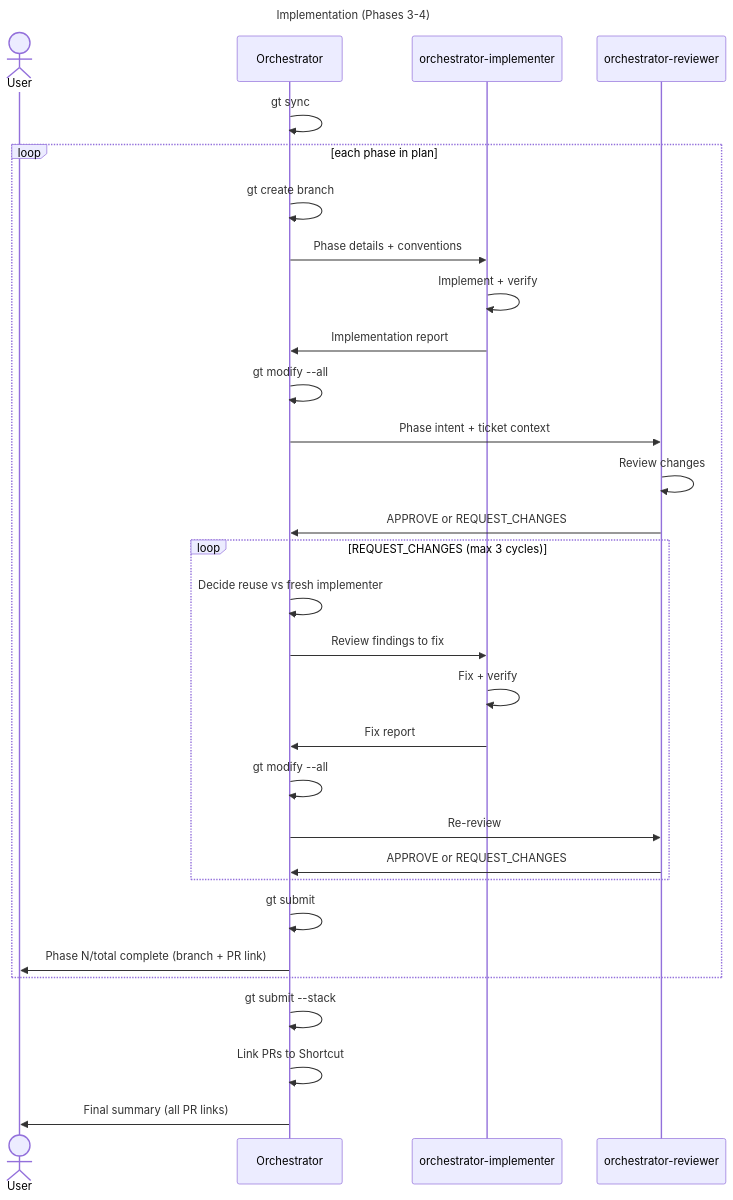
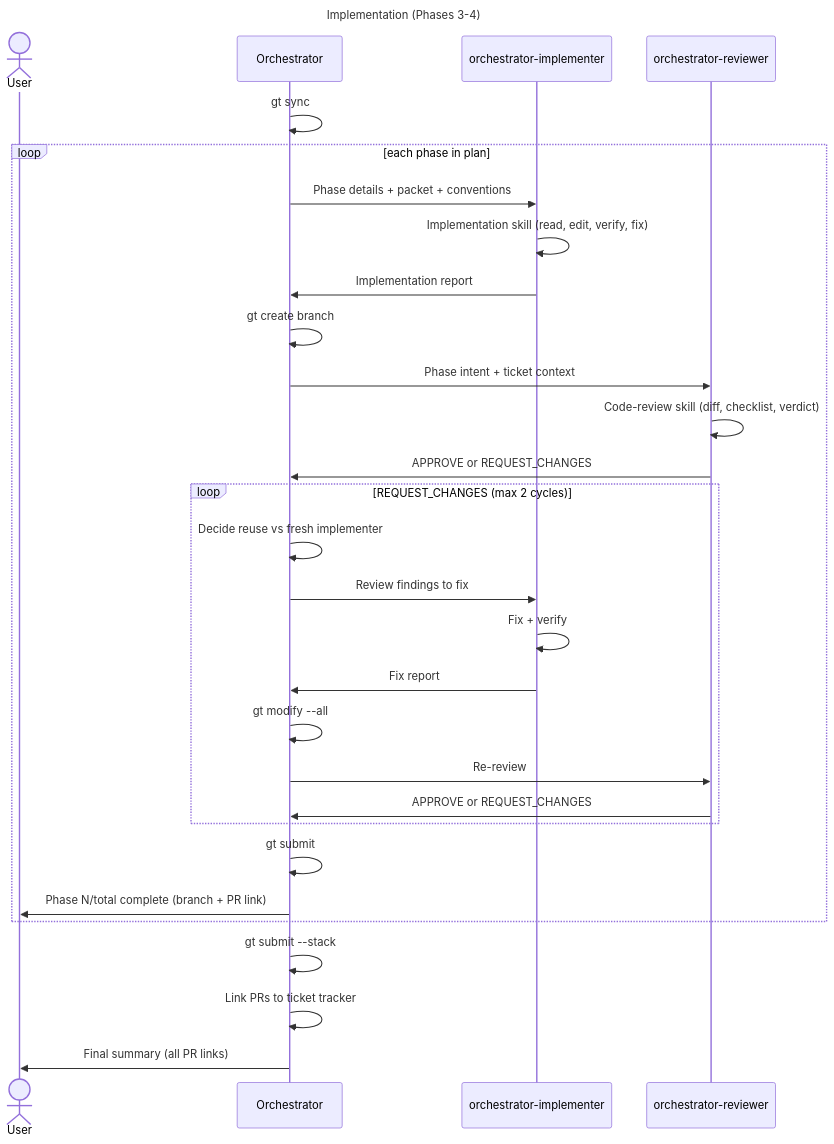
One commit to mlawd/dotfiles changed the second of 2 diagrams in agents/docs.md. Above: the diagram before and after it, drawn with Mermaid. The commit also changed other lines of this file and 15 other files, not shown here.

````diff
--- a/agents/docs.md
+++ b/agents/docs.md
@@ -81,40 +121,39 @@
 ```mermaid
 ---
 title: Implementation (Phases 3-4)
 ---
 
 sequenceDiagram
     actor u as User
     participant o as Orchestrator
     participant i as orchestrator-implementer
     participant r as orchestrator-reviewer
 
     o ->> o: gt sync
     loop each phase in plan
+        o ->> i: Phase details + packet + conventions
+        i ->> i: Implementation skill (read, edit, verify, fix)
+        i ->> o: Implementation report
         o ->> o: gt create branch
-        o ->> i: Phase details + conventions
-        i ->> i: Implement + verify
-        i ->> o: Implementation report
-        o ->> o: gt modify --all
         o ->> r: Phase intent + ticket context
-        r ->> r: Review changes
+        r ->> r: Code-review skill (diff, checklist, verdict)
         r ->> o: APPROVE or REQUEST_CHANGES
 
-        loop REQUEST_CHANGES (max 3 cycles)
+        loop REQUEST_CHANGES (max 2 cycles)
             o ->> o: Decide reuse vs fresh implementer
             o ->> i: Review findings to fix
             i ->> i: Fix + verify
             i ->> o: Fix report
             o ->> o: gt modify --all
             o ->> r: Re-review
             r ->> o: APPROVE or REQUEST_CHANGES
         end
 
         o ->> o: gt submit
         o ->> u: Phase N/total complete (branch + PR link)
     end
 
     o ->> o: gt submit --stack
-    o ->> o: Link PRs to Shortcut
+    o ->> o: Link PRs to ticket tracker
     o ->> u: Final summary (all PR links)
 ```
````
